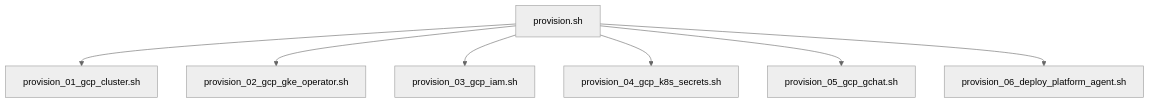
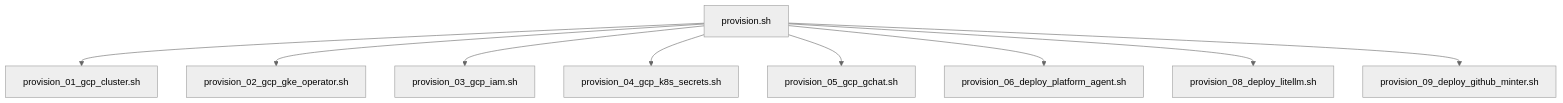
One commit to gke-agentic/kube-agents changed the first of 2 diagrams in k8s-operator/README.md. Above: the diagram before and after it, drawn with Mermaid (neutral theme). The commit also changed other lines of this file and 19 other files, not shown here.

````diff
--- a/k8s-operator/README.md
+++ b/k8s-operator/README.md
@@ -47,9 +47,11 @@
 ```mermaid
 graph TD
     A[provision.sh] --> B[provision_01_gcp_cluster.sh]
     A --> C[provision_02_gcp_gke_operator.sh]
     A --> D[provision_03_gcp_iam.sh]
     A --> E[provision_04_gcp_k8s_secrets.sh]
     A --> F[provision_05_gcp_gchat.sh]
     A --> G[provision_06_deploy_platform_agent.sh]
+    A --> I[provision_08_deploy_litellm.sh]
+    A --> J[provision_09_deploy_github_minter.sh]
 ```
````
